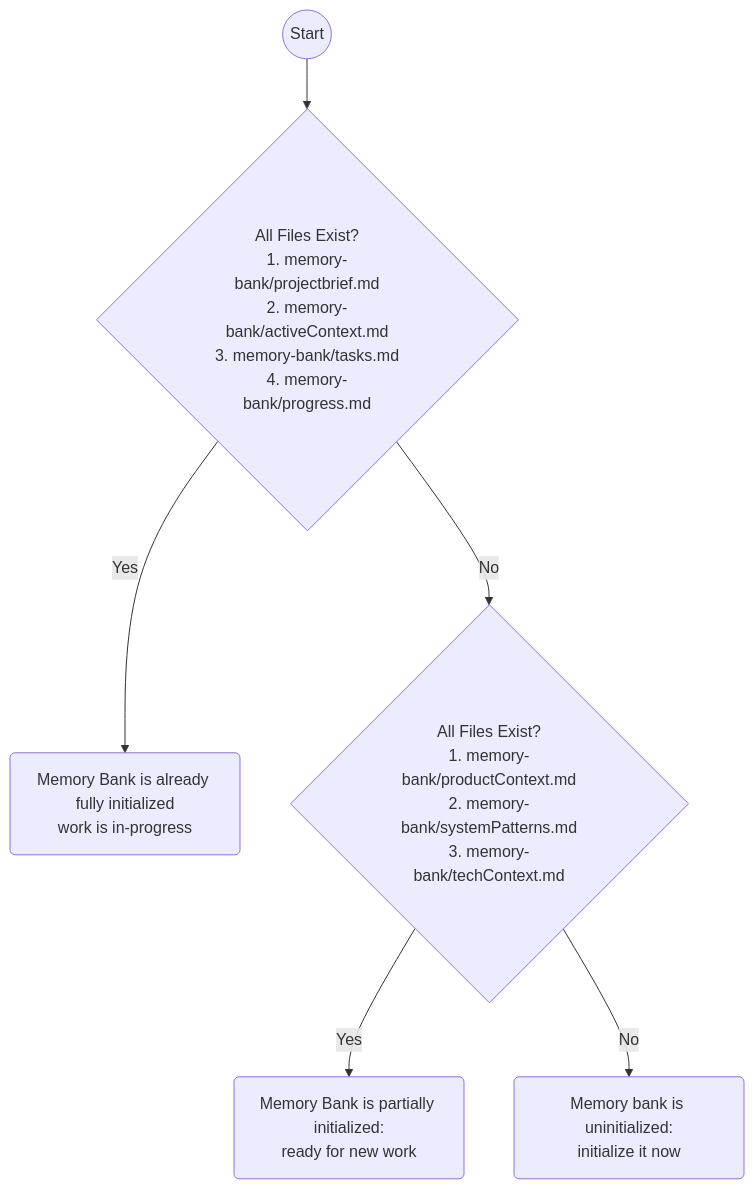
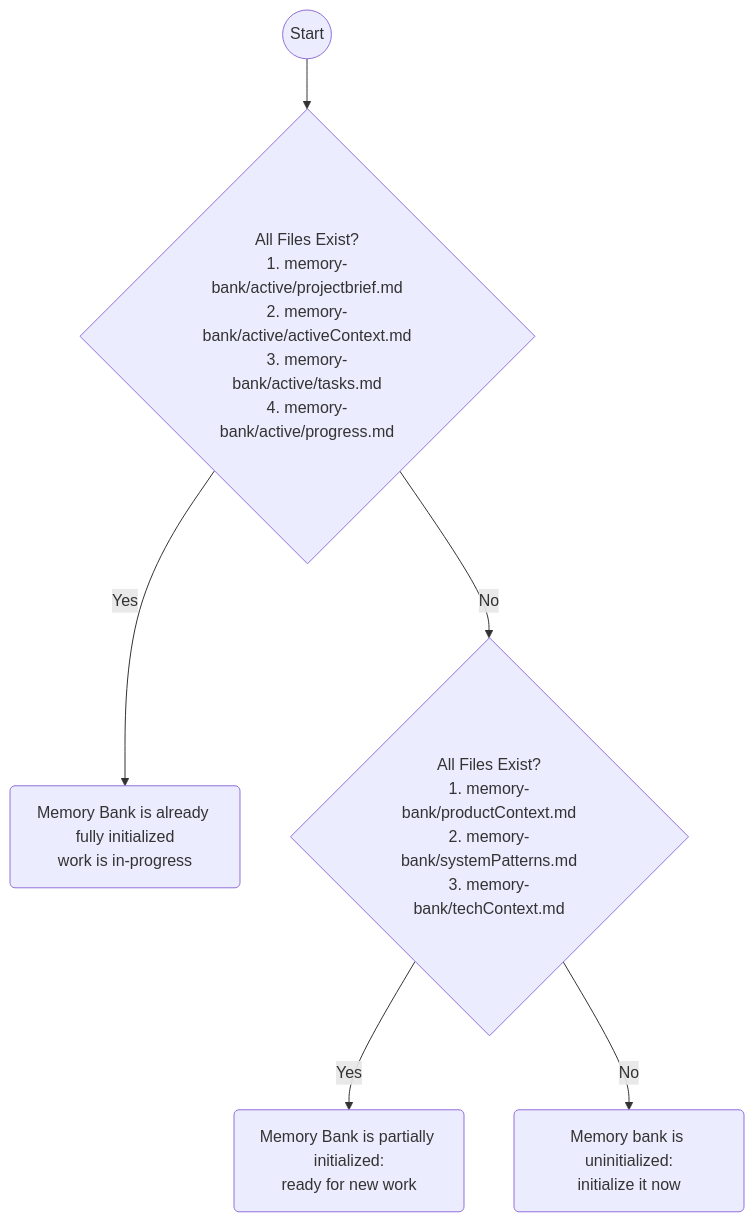
The diagram in rulesets/niko2/niko/core/memory-bank-init.mdc (Texarkanine/.cursor-rules), drawn with Mermaid before and after one commit. The commit also changed other lines of this file and 40 other files, not shown here.

Commit message:
feat(niko): use 'active' subdir for ephemeral memory bank files (#45)

````diff
--- a/rulesets/niko2/niko/core/memory-bank-init.mdc
+++ b/rulesets/niko2/niko/core/memory-bank-init.mdc
@@ -7,8 +7,8 @@
 ```mermaid
 graph TD
-    A((Start)) --> B{All Files Exist?<br>1. memory-bank/projectbrief.md<br>2. memory-bank/activeContext.md<br>3. memory-bank/tasks.md<br>4. memory-bank/progress.md}
+    A((Start)) --> B{All Files Exist?<br>1. memory-bank/active/projectbrief.md<br>2. memory-bank/active/activeContext.md<br>3. memory-bank/active/tasks.md<br>4. memory-bank/active/progress.md}
     B --"Yes"--> C("Memory Bank is already fully initialized<br>work is in-progress")
     B --"No"--> D{All Files Exist?<br>1. memory-bank/productContext.md<br>2. memory-bank/systemPatterns.md<br>3. memory-bank/techContext.md}
     D --"Yes"--> E("Memory Bank is partially initialized:<br>ready for new work")
     D --"No"--> F("Memory bank is uninitialized:<br>initialize it now")
 ```
````
